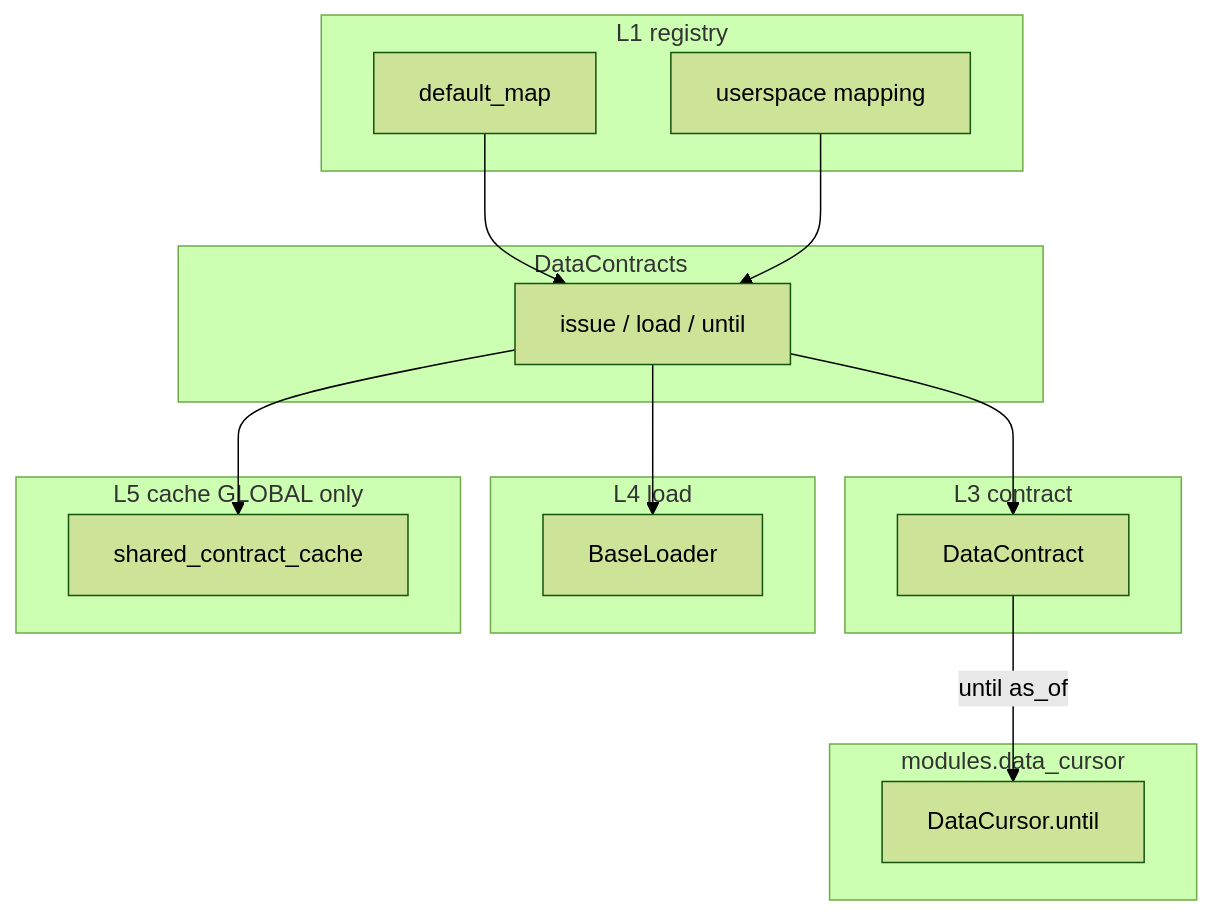
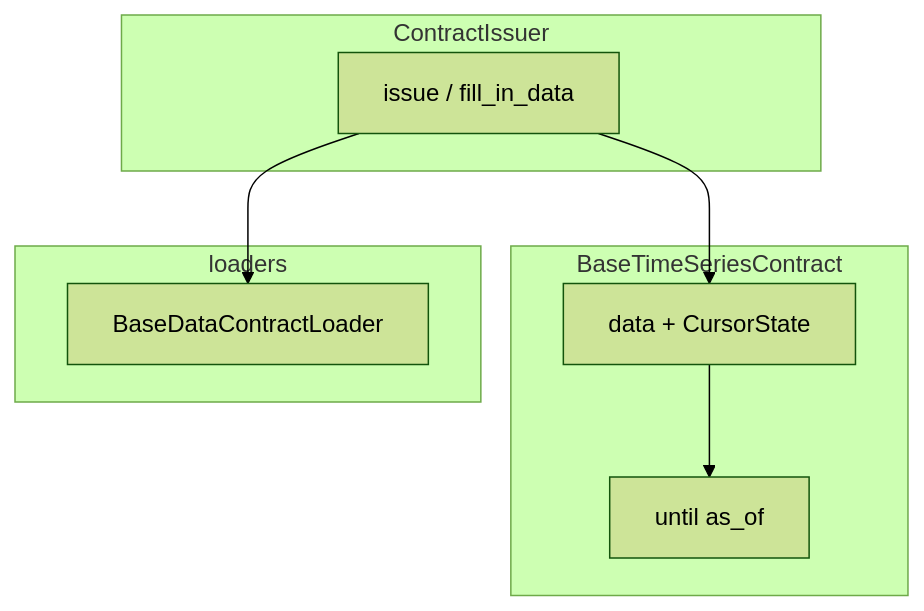
The diagram in core/modules/data_contract/docs/ARCHITECTURE.md (garnet1985/new-tea-quant), drawn with Mermaid (forest theme) before and after one commit. The commit also changed other lines of this file and 76 other files, not shown here.

Commit message:
remove data cursor legacy and update docs

````diff
--- a/core/modules/data_contract/docs/ARCHITECTURE.md
+++ b/core/modules/data_contract/docs/ARCHITECTURE.md
@@ -46,28 +35,16 @@
 ```mermaid
 flowchart TB
-  subgraph L1 [L1 registry]
-    M[default_map]
-    U[userspace mapping]
+  subgraph Issue [ContractIssuer]
+    F[issue / fill_in_data]
   end
-  subgraph Facade [DataContracts]
-    F[issue / load / until]
+  subgraph TS [BaseTimeSeriesContract]
+    DC[data + CursorState]
+    UNT[until as_of]
   end
-  subgraph L3 [L3 contract]
-    DC[DataContract]
+  subgraph Load [loaders]
+    L[BaseDataContractLoader]
   end
-  subgraph L4 [L4 load]
-    L[BaseLoader]
-  end
-  subgraph L5 [L5 cache GLOBAL only]
-    C[shared_contract_cache]
-  end
-  subgraph DCUR [modules.data_cursor]
-    CUR[DataCursor.until]
-  end
-  M --> F
-  U --> F
   F --> L
-  F --> C
   F --> DC
-  DC -->|until as_of| CUR
+  DC --> UNT
 ```
````
